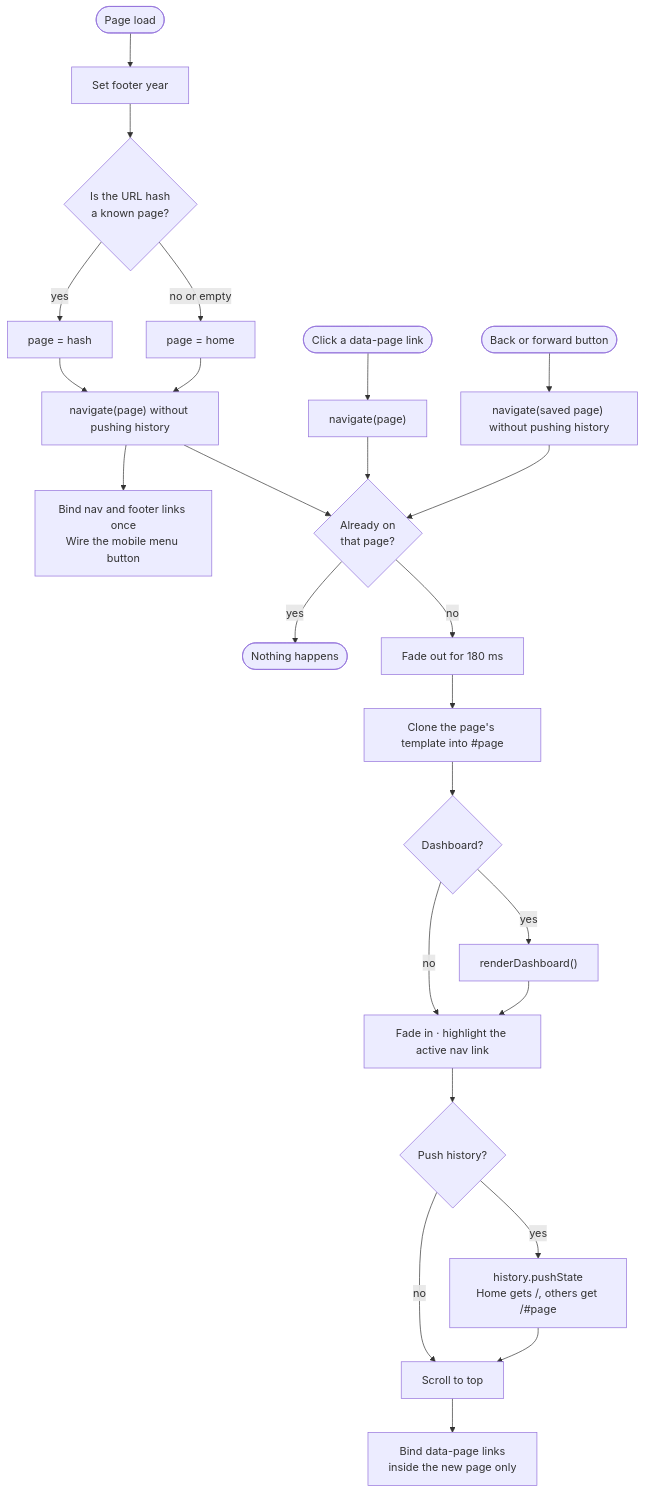
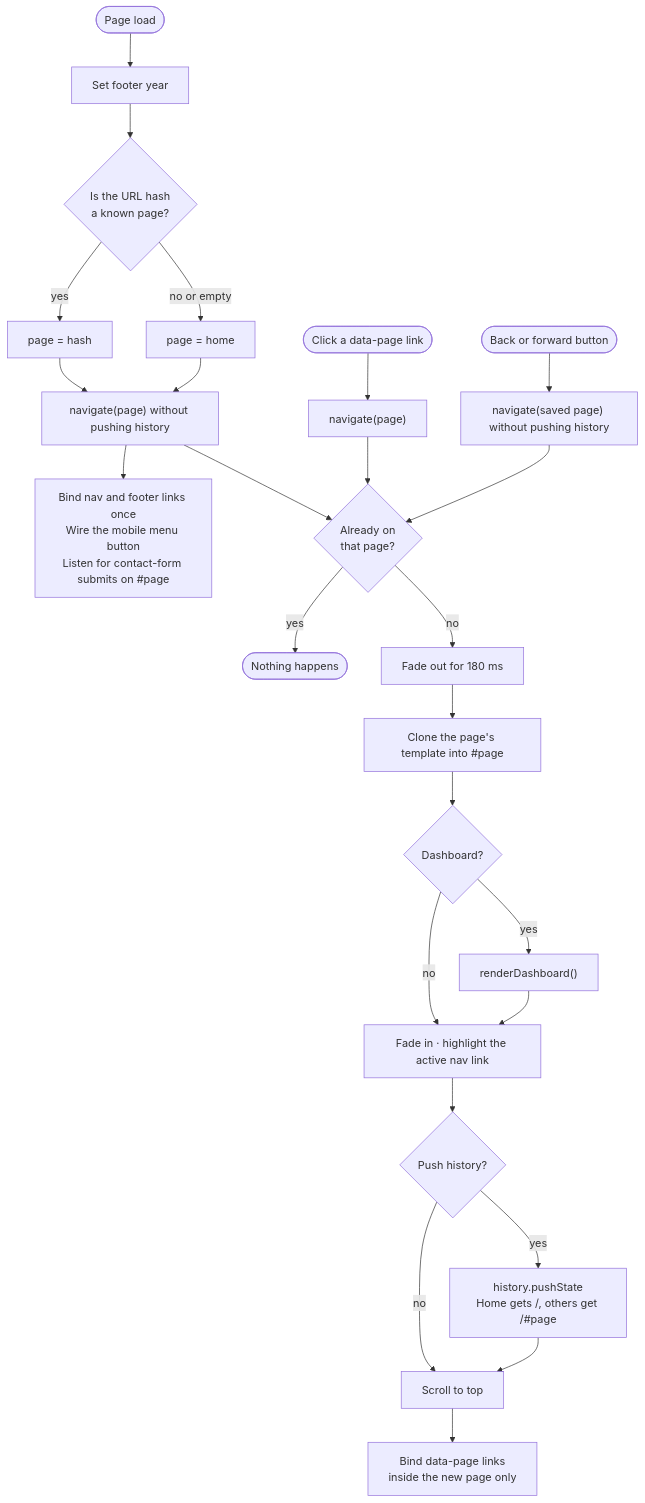
One commit to dodibanzon/dodibanzon.github.io changed the fourth of 7 diagrams in WEBFLOW.md. Above: the diagram before and after it, drawn with Mermaid. The commit also changed other lines of this file and 2 other files, not shown here.

Commit message:
Add a Content Security Policy and referrer policy (#12)
GitHub Pages can't send security headers, so add them as <meta> tags:

- CSP: default-src 'none'. The inline script is pinned by its SHA-256
  hash, styles stay 'unsafe-inline', images load only from data: (the
  favicon), and fetches go only to api.web3forms.com. base-uri and
  form-action are 'none'.
- Referrer policy: strict-origin-when-cross-origin.

The CSP blocks inline event handlers, so the contact form's onsubmit
attribute is replaced by one delegated submit listener on #page,
bound once on init.

Every script edit changes the hash, and a stale hash blocks the whole
script, leaving the page blank. CLAUDE.md now documents the rule and a
command that checks the hash. WEBFLOW.md notes the new form wiring.

Claude-Session: https://claude.ai/code/session_01HSvZnSRyW6Q9oaBKBgno92

````diff
--- a/WEBFLOW.md
+++ b/WEBFLOW.md
@@ -154,31 +154,31 @@
 ```mermaid
 flowchart TD
   load(["Page load"]) --> year["Set footer year"]
   year --> gp{"Is the URL hash<br>a known page?"}
   gp -- "yes" --> named["page = hash"]
   gp -- "no or empty" --> fallback["page = home"]
   named --> init["navigate(page) without pushing history"]
   fallback --> init
-  init --> once["Bind nav and footer links once<br>Wire the mobile menu button"]
+  init --> once["Bind nav and footer links once<br>Wire the mobile menu button<br>Listen for contact-form submits on #page"]
 
   click(["Click a data-page link"]) --> go["navigate(page)"]
   back(["Back or forward button"]) --> pop["navigate(saved page) without pushing history"]
 
   init --> same
   go --> same
   pop --> same
 
   same{"Already on<br>that page?"}
   same -- "yes" --> stop(["Nothing happens"])
   same -- "no" --> fade["Fade out for 180 ms"]
   fade --> swap["Clone the page's template into #page"]
   swap --> isdash{"Dashboard?"}
   isdash -- "yes" --> render["renderDashboard()"]
   isdash -- "no" --> show
   render --> show["Fade in · highlight the active nav link"]
   show --> push{"Push history?"}
   push -- "yes" --> url["history.pushState<br>Home gets /, others get /#page"]
   push -- "no" --> top
   url --> top["Scroll to top"]
   top --> inner["Bind data-page links<br>inside the new page only"]
 ```
````
